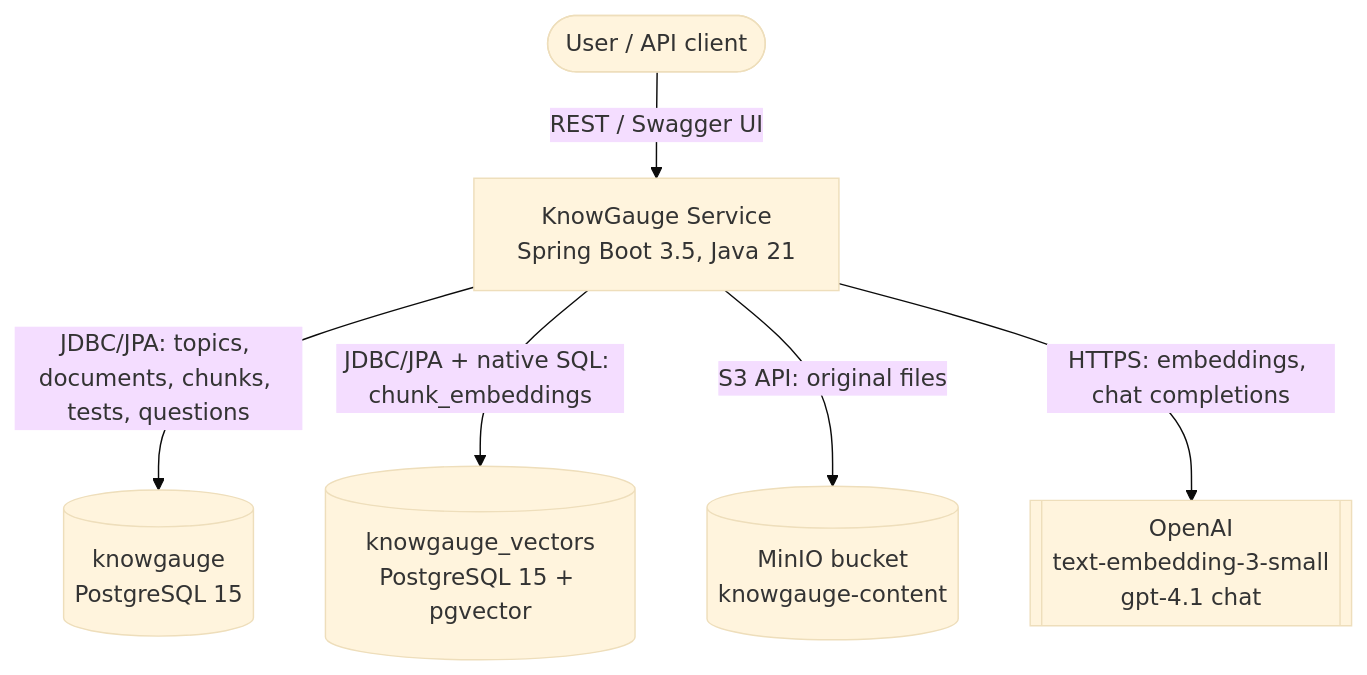
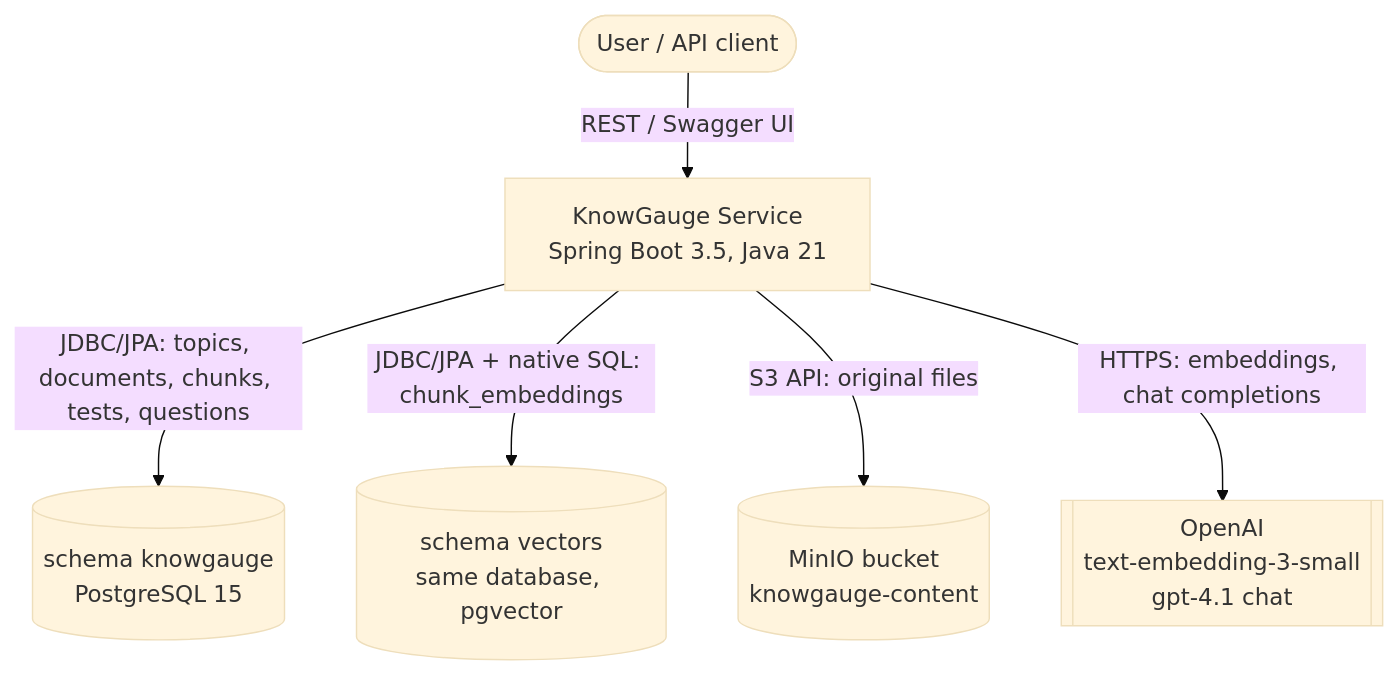
The first of 2 diagrams in docs/architecture/01-system-overview.md (irina981/know-gauge), drawn with Mermaid (base theme) before and after one commit. The commit also changed other lines of this file and 24 other files, not shown here.

First line of the commit message:
build(config): Run one Postgres with knowgauge, vectors and keycloak schemas

````diff
--- a/docs/architecture/01-system-overview.md
+++ b/docs/architecture/01-system-overview.md
@@ -20,15 +20,15 @@
 ```mermaid
 flowchart TB
     User([User / API client])
     KG[KnowGauge Service<br/>Spring Boot 3.5, Java 21]
     OpenAI[[OpenAI<br/>text-embedding-3-small<br/>gpt-4.1 chat]]
-    PG[(knowgauge<br/>PostgreSQL 15)]
-    PGV[(knowgauge_vectors<br/>PostgreSQL 15 + pgvector)]
+    PG[(schema knowgauge<br/>PostgreSQL 15)]
+    PGV[(schema vectors<br/>same database, pgvector)]
     S3[(MinIO bucket<br/>knowgauge-content)]
 
     User -- REST / Swagger UI --> KG
     KG -- JDBC/JPA: topics, documents, chunks, tests, questions --> PG
     KG -- JDBC/JPA + native SQL: chunk_embeddings --> PGV
     KG -- S3 API: original files --> S3
     KG -- HTTPS: embeddings, chat completions --> OpenAI
 ```
````
